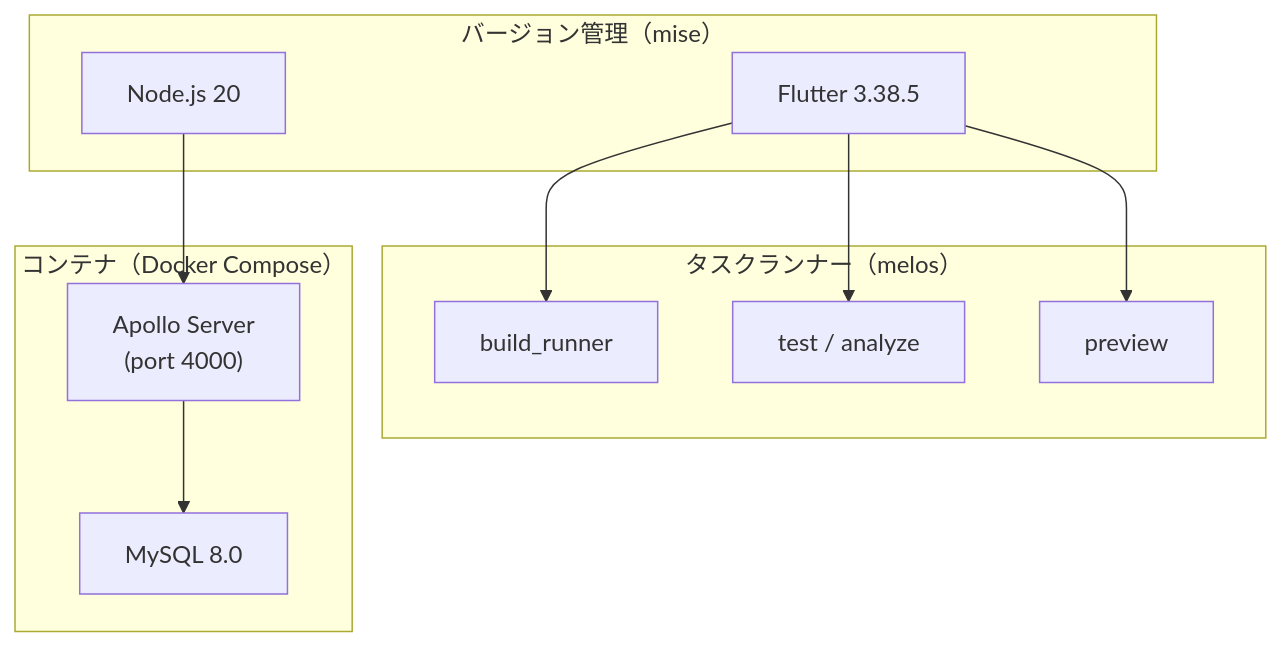
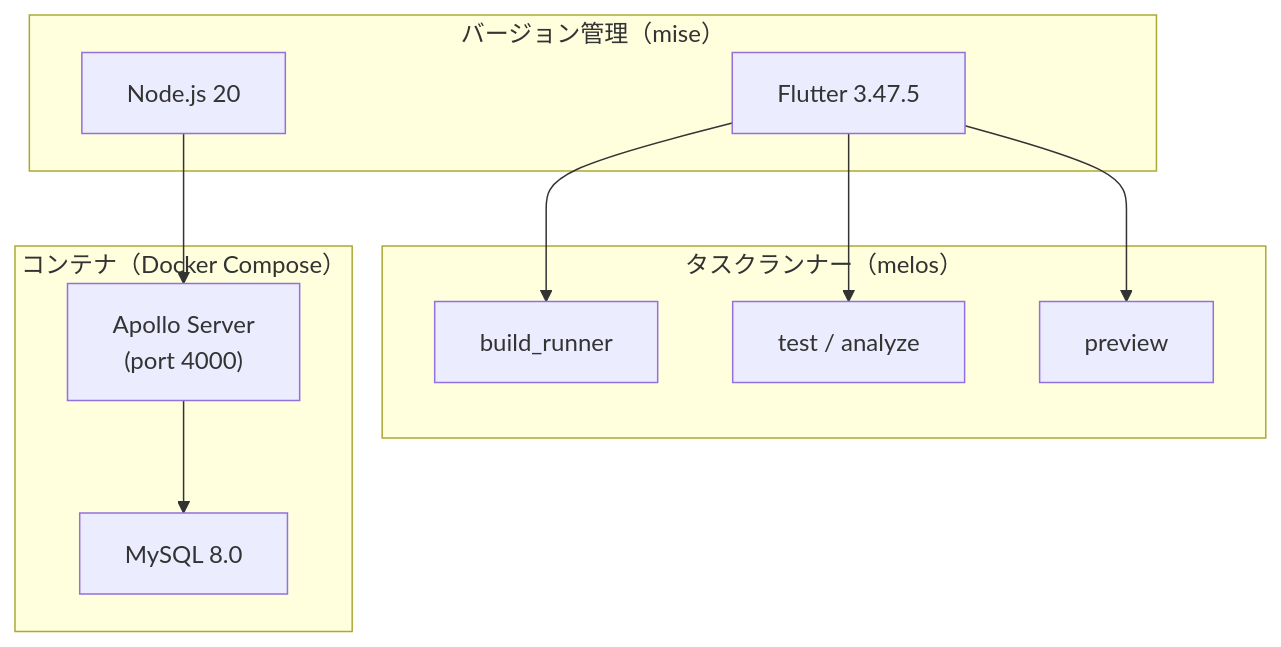
The first of 5 diagrams in README.md (fumiyasac/travel_booking), drawn with Mermaid before and after one commit. The commit also changed other lines of this file, not shown here.

First line of the commit message:
docs: update version references for Flutter 3.47.5 / Dart 3.13.x

````diff
--- a/README.md
+++ b/README.md
@@ -515,19 +515,19 @@
 ```mermaid
 graph TD
   subgraph Mise["バージョン管理（mise）"]
-    FL["Flutter 3.38.5"]
+    FL["Flutter 3.47.5"]
     ND["Node.js 20"]
   end
   subgraph Melos["タスクランナー（melos）"]
     BR["build_runner"]
     TEST["test / analyze"]
     PREV["preview"]
   end
   subgraph Docker["コンテナ（Docker Compose）"]
     MY["MySQL 8.0"]
     BK["Apollo Server<br/>(port 4000)"]
   end
   FL --> BR & TEST & PREV
   ND --> BK
   BK --> MY
 ```
````
